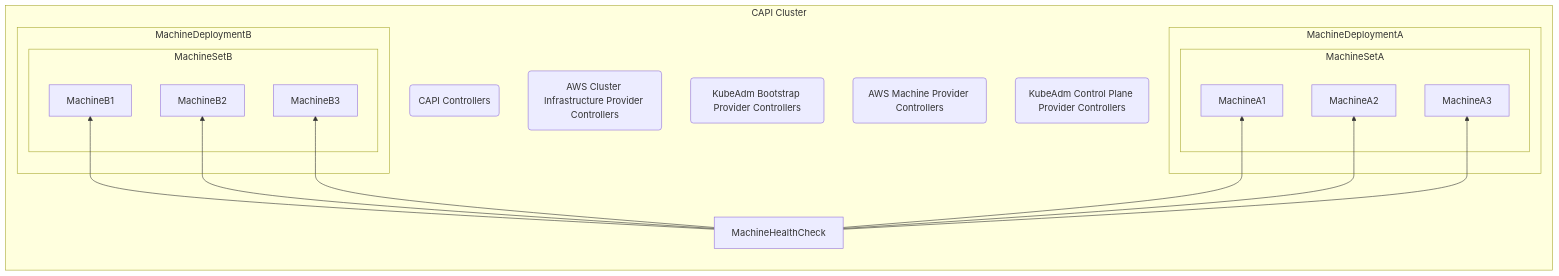
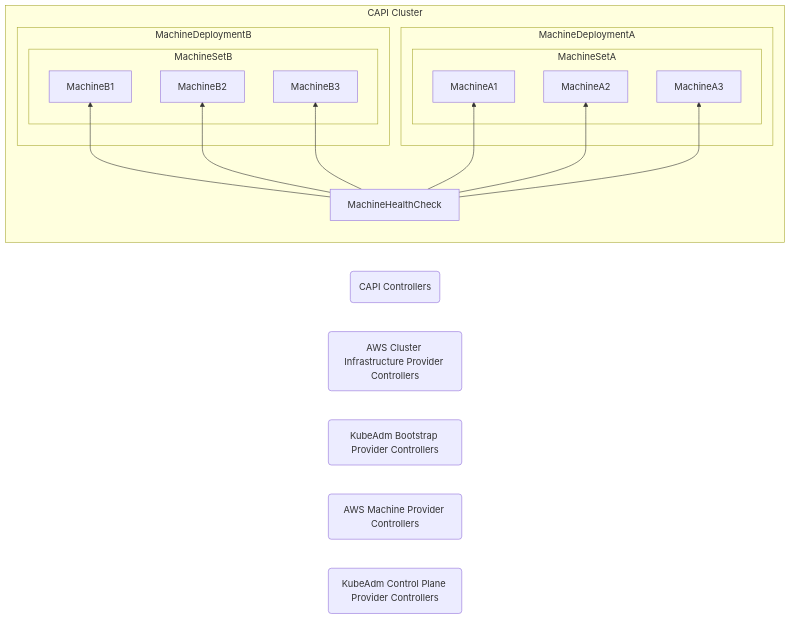
The diagram in docs/provisioning/00_capi.md (aiyengar2/k8s-docs), drawn with Mermaid before and after one commit.

````diff
--- a/docs/provisioning/00_capi.md
+++ b/docs/provisioning/00_capi.md
@@ -16,34 +16,34 @@
 ```mermaid
 graph LR
+    CAPIController("CAPI Controllers")
+    AWSClusterController("AWS Cluster Infrastructure Provider Controllers")
+    KubeAdmBootstrapController("KubeAdm Bootstrap Provider Controllers")
+    AWSMachineController("AWS Machine Provider Controllers")
+    ControlPlaneController("KubeAdm Control Plane Provider Controllers")
+    
     subgraph CAPI Cluster
     direction BT
     subgraph MachineDeploymentA
     subgraph MachineSetA
     MachineA1
     MachineA2
     MachineA3
     end
     end
     subgraph MachineDeploymentB
     subgraph MachineSetB
     MachineB1
     MachineB2
     MachineB3
     end
     end
     MachineHealthCheck
-
-    CAPIController("CAPI Controllers")
-    AWSClusterController("AWS Cluster Infrastructure Provider Controllers")
-    KubeAdmBootstrapController("KubeAdm Bootstrap Provider Controllers")
-    AWSMachineController("AWS Machine Provider Controllers")
-    ControlPlaneController("KubeAdm Control Plane Provider Controllers")
     end
 
     MachineHealthCheck-->MachineA1
     MachineHealthCheck-->MachineA2
     MachineHealthCheck-->MachineA3
     MachineHealthCheck-->MachineB1
     MachineHealthCheck-->MachineB2
     MachineHealthCheck-->MachineB3
 ```
````
